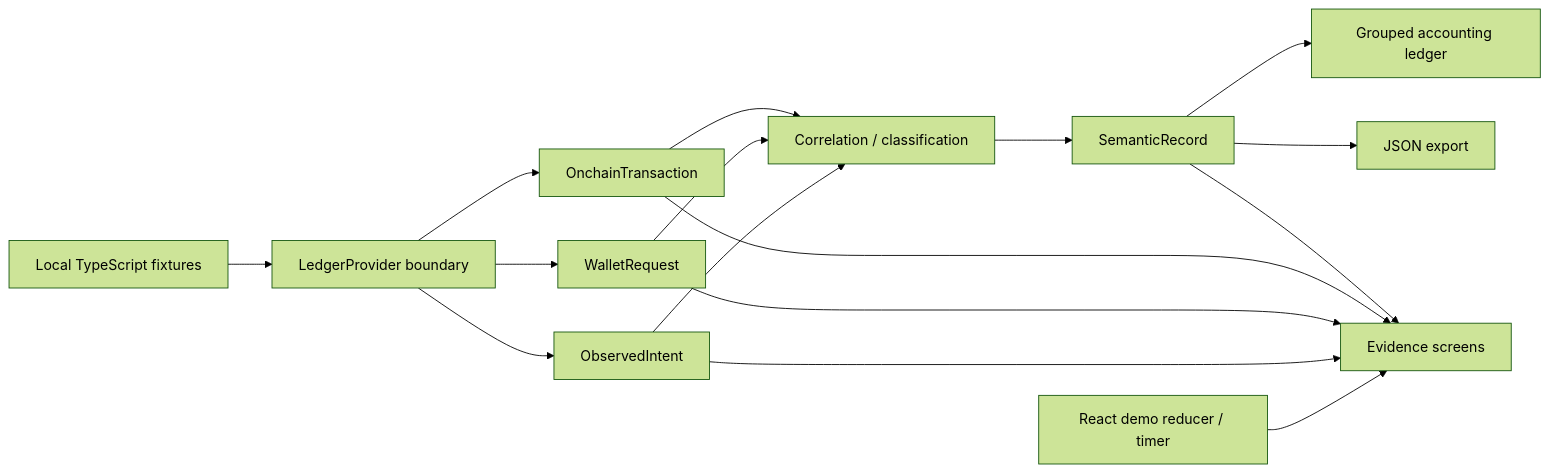
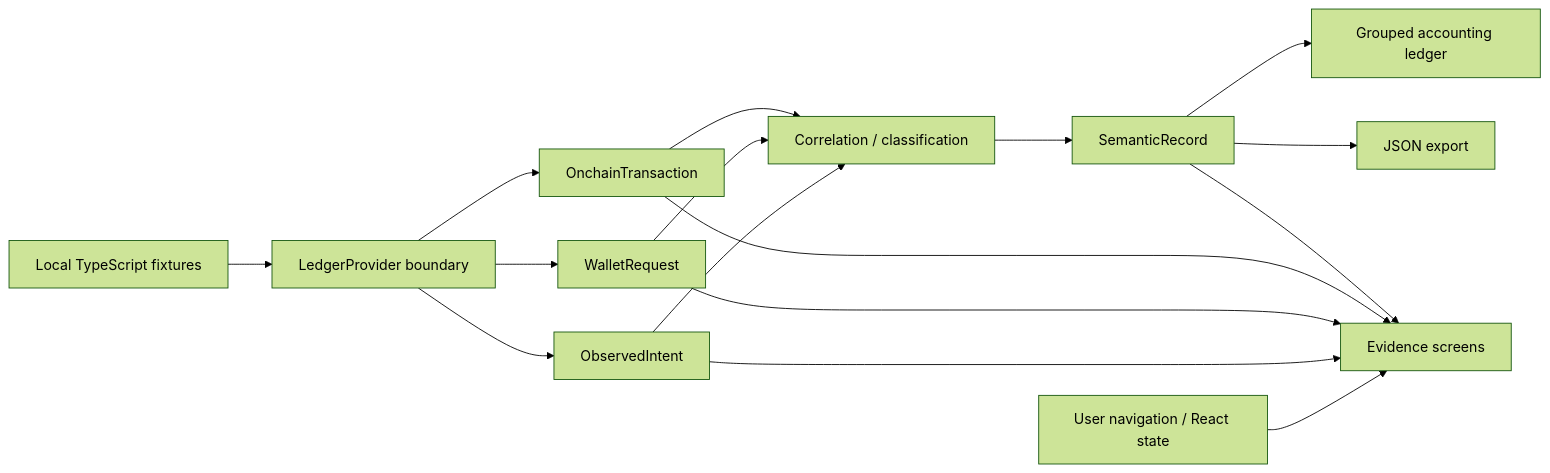
One commit to tomsyoya/intentledger changed the diagram in README.md. Above: the diagram before and after it, drawn with Mermaid (forest theme). The commit also changed other lines of this file and 10 other files, not shown here.

````diff
--- a/README.md
+++ b/README.md
@@ -65,18 +63,18 @@
 ```mermaid
 flowchart LR
   F[Local TypeScript fixtures] --> P[LedgerProvider boundary]
   P --> I[ObservedIntent]
   P --> W[WalletRequest]
   P --> T[OnchainTransaction]
   I --> C[Correlation / classification]
   W --> C
   T --> C
   C --> R[SemanticRecord]
   R --> A[Grouped accounting ledger]
   R --> J[JSON export]
-  D[React demo reducer / timer] --> U[Evidence screens]
+  D[User navigation / React state] --> U[Evidence screens]
   I --> U
   W --> U
   T --> U
   R --> U
 ```
````
